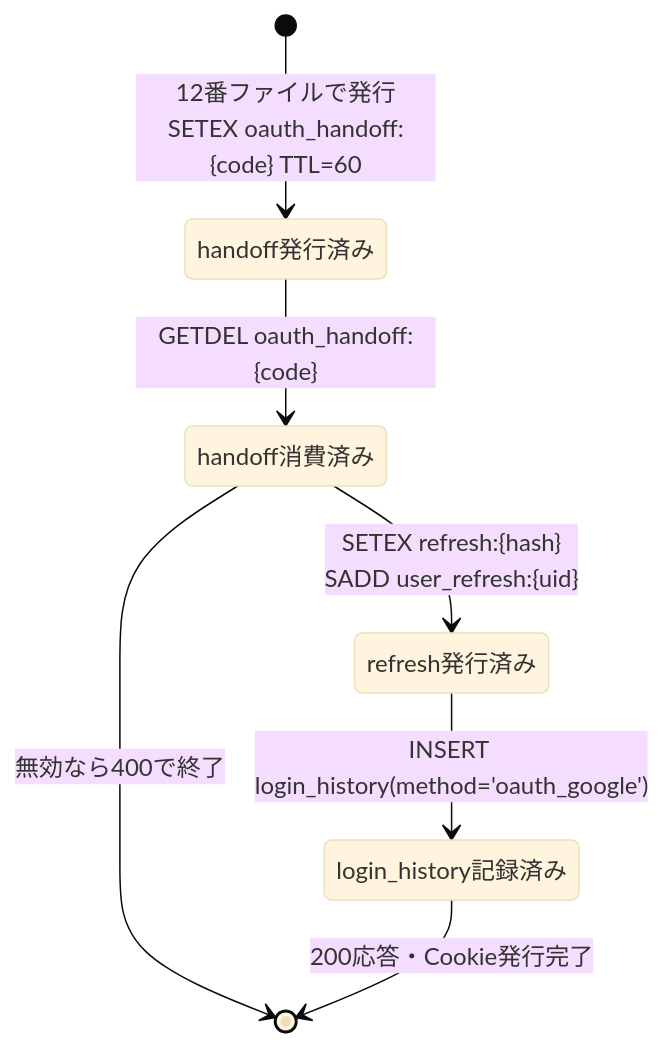
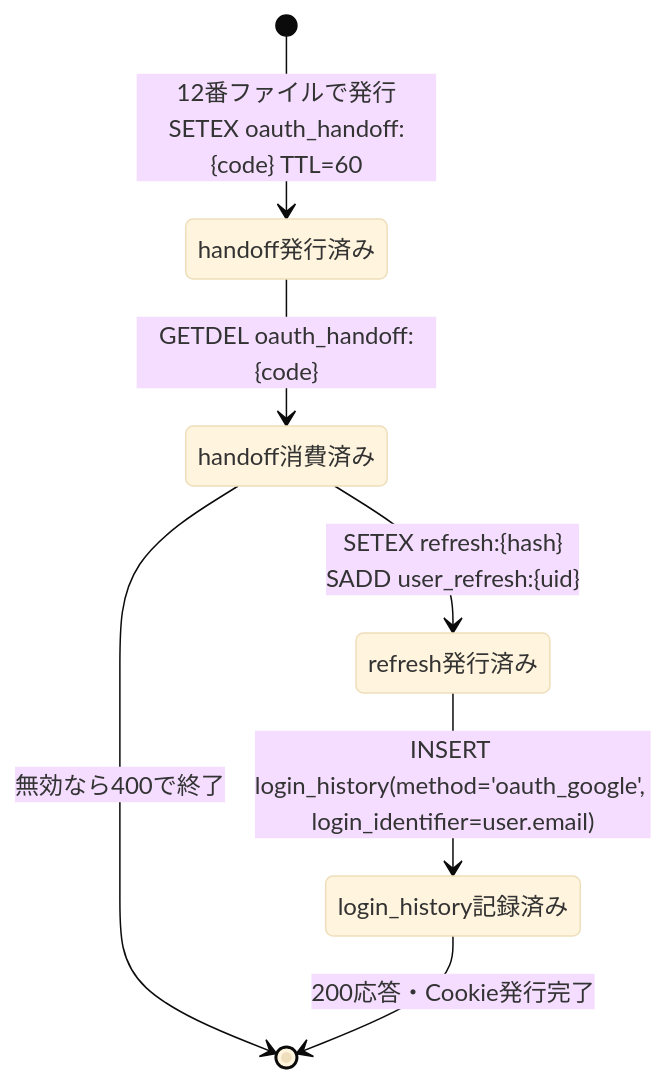
The fourth of 4 diagrams in docs/detailed_design/api/auth/13_post_auth_oauth_exchange.md (oikawa-d/task_management), drawn with Mermaid (base theme) before and after one commit. The commit also changed other lines of this file and 10 other files, not shown here.

Commit message:
docs: #223 OAuth login_identifierの定義を整合

````diff
--- a/docs/detailed_design/api/auth/13_post_auth_oauth_exchange.md
+++ b/docs/detailed_design/api/auth/13_post_auth_oauth_exchange.md
@@ -256,11 +256,11 @@
 ```mermaid
 stateDiagram-v2
     [*] --> handoff発行済み: 12番ファイルで発行<br/>SETEX oauth_handoff:{code} TTL=60
 
     handoff発行済み --> handoff消費済み: GETDEL oauth_handoff:{code}
     handoff消費済み --> [*]: 無効なら400で終了
 
     handoff消費済み --> refresh発行済み: SETEX refresh:{hash}<br/>SADD user_refresh:{uid}
-    refresh発行済み --> login_history記録済み: INSERT login_history(method='oauth_google')
+    refresh発行済み --> login_history記録済み: INSERT login_history(method='oauth_google', login_identifier=user.email)
     login_history記録済み --> [*]: 200応答・Cookie発行完了
 ```
````
